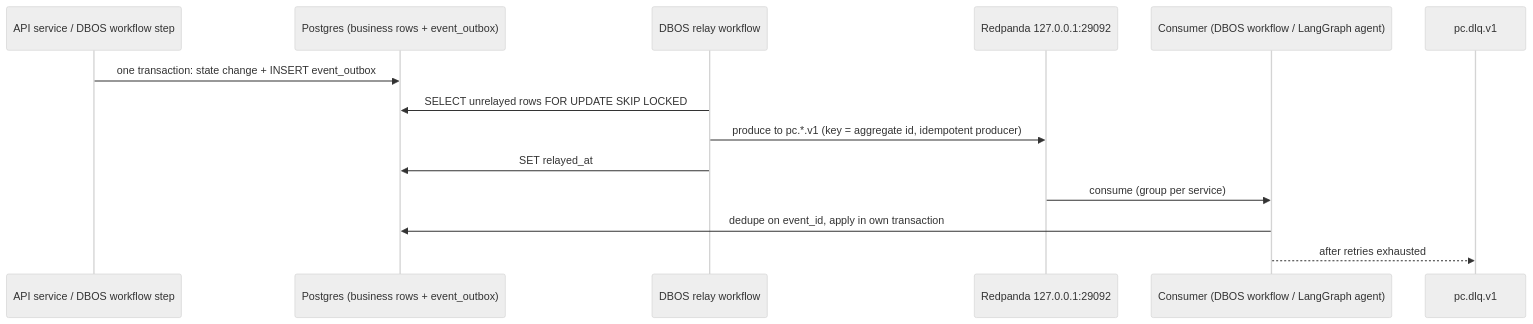
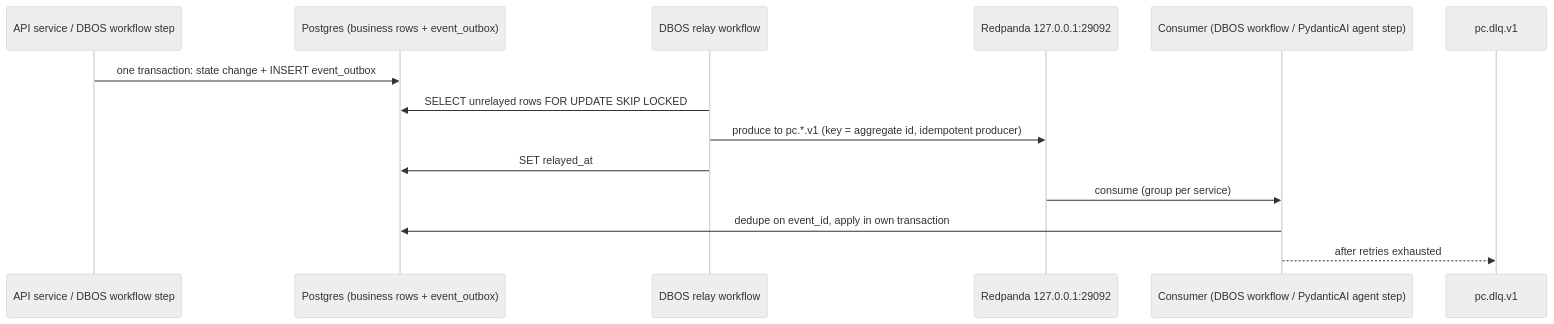
Before and after one commit to PORTERCHAIN-INC/PCD: the first of 4 diagrams in docs/architecture/23_planned_events.md, drawn with Mermaid (neutral theme). The commit also changed other lines of this file and 32 other files, not shown here.

Commit message:
docs(architecture): 31-39, 48-55 plan docs; 29 all items decided; PydanticAI-in-DBOS everywhere; Ravi decisions recorded

````diff
--- a/docs/architecture/23_planned_events.md
+++ b/docs/architecture/23_planned_events.md
@@ -7,16 +7,16 @@
 ```mermaid
 sequenceDiagram
   participant SVC as API service / DBOS workflow step
   participant PG as Postgres (business rows + event_outbox)
   participant REL as DBOS relay workflow
   participant RP as Redpanda 127.0.0.1:29092
-  participant CON as Consumer (DBOS workflow / LangGraph agent)
+  participant CON as Consumer (DBOS workflow / PydanticAI agent step)
   participant DLQ as pc.dlq.v1
   SVC->>PG: one transaction: state change + INSERT event_outbox
   REL->>PG: SELECT unrelayed rows FOR UPDATE SKIP LOCKED
   REL->>RP: produce to pc.*.v1 (key = aggregate id, idempotent producer)
   REL->>PG: SET relayed_at
   RP->>CON: consume (group per service)
   CON->>PG: dedupe on event_id, apply in own transaction
   CON-->>DLQ: after retries exhausted
 ```
````
